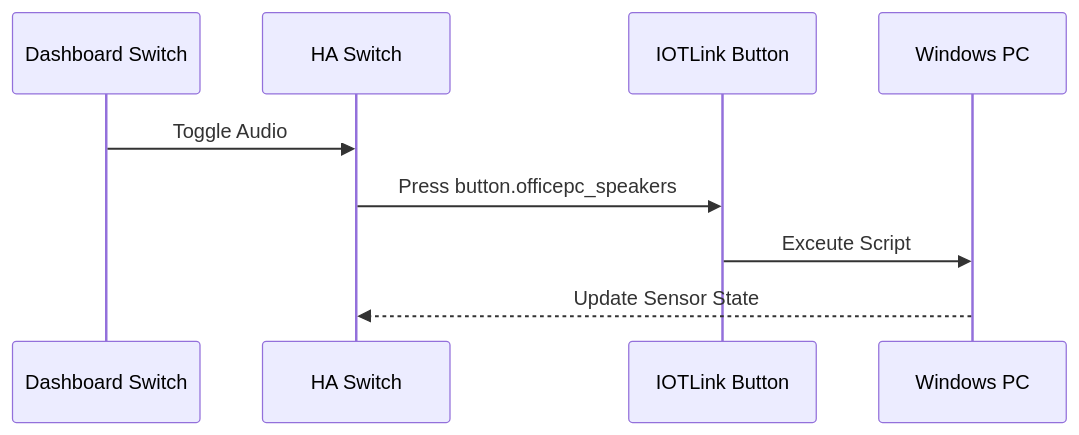
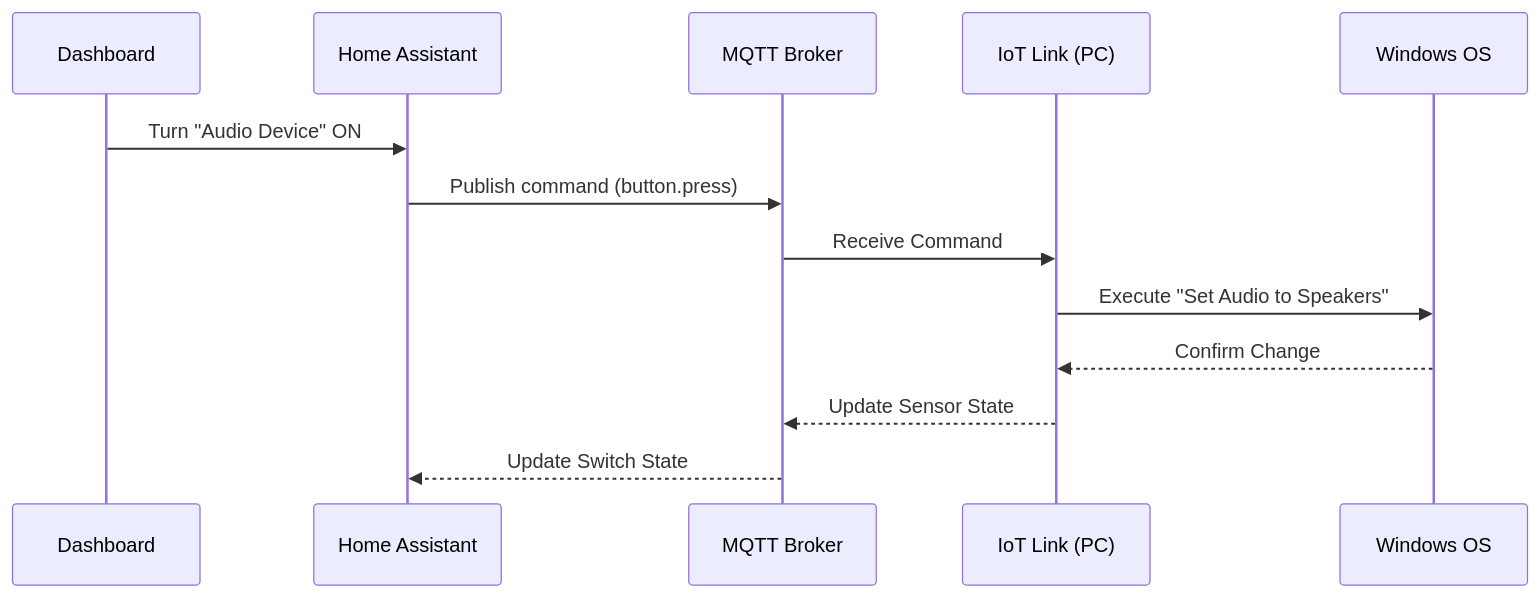
The diagram in docs/smart-home/packages/office_pc.md (EvisHome/EvisHomeLab), drawn with Mermaid before and after one commit. The commit also changed other lines of this file and 2 other files, not shown here.

````diff
--- a/docs/smart-home/packages/office_pc.md
+++ b/docs/smart-home/packages/office_pc.md
@@ -7,12 +48,16 @@
 ```mermaid
 sequenceDiagram
-    participant UI as Dashboard Switch
-    participant Template as HA Switch
-    participant Button as IOTLink Button
-    participant PC as Windows PC
+    participant User as Dashboard
+    participant HA as Home Assistant
+    participant MQTT as MQTT Broker
+    participant Agent as IoT Link (PC)
+    participant OS as Windows OS
 
-    UI->>Template: Toggle Audio
-    Template->>Button: Press button.officepc_speakers
-    Button->>PC: Exceute Script
-    PC-->>Template: Update Sensor State
+    User->>HA: Turn "Audio Device" ON
+    HA->>MQTT: Publish command (button.press)
+    MQTT->>Agent: Receive Command
+    Agent->>OS: Execute "Set Audio to Speakers"
+    OS-->>Agent: Confirm Change
+    Agent-->>MQTT: Update Sensor State
+    MQTT-->>HA: Update Switch State
 ```
````
